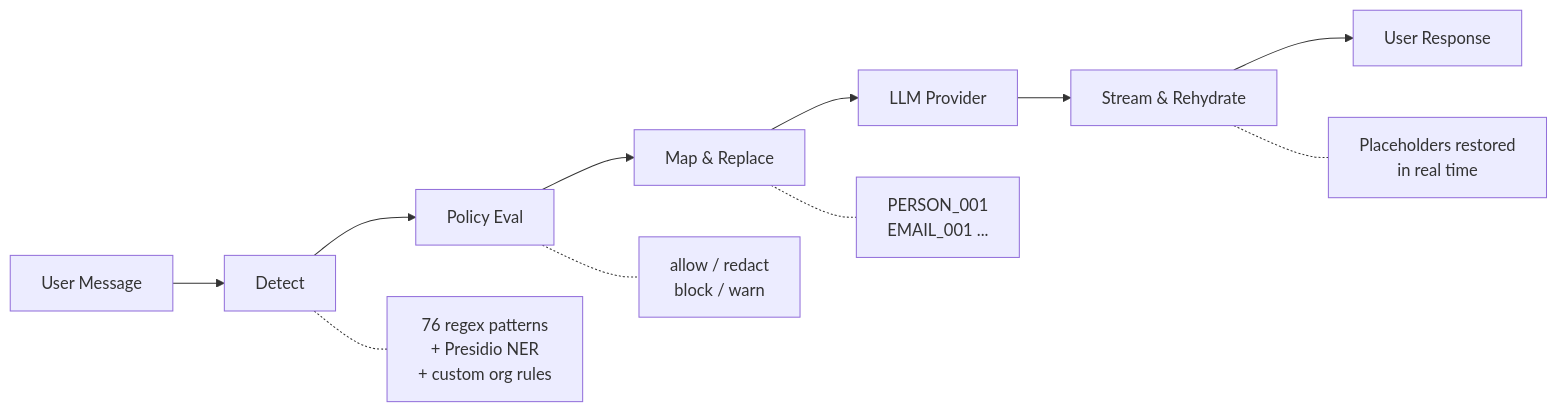
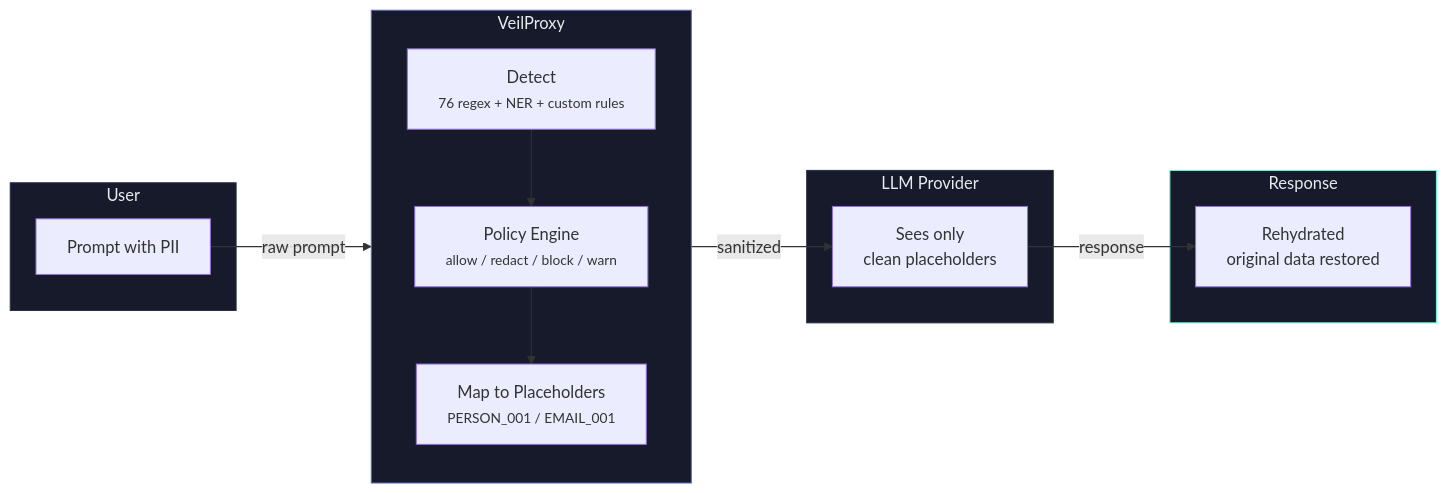
The diagram in README.md (Threatlabs-LLC/veil-public), drawn with Mermaid before and after one commit. The commit also changed other lines of this file and 6 other files, not shown here.

````diff
--- a/README.md
+++ b/README.md
@@ -112,14 +154,31 @@
 ```mermaid
 flowchart LR
-    A[User Message] --> B[Detect]
-    B --> C[Policy Eval]
-    C --> D[Map & Replace]
-    D --> E[LLM Provider]
-    E --> F[Stream & Rehydrate]
-    F --> G[User Response]
+    subgraph USER["User"]
+        A["Prompt with PII"]
+    end
 
-    B -.- B1["76 regex patterns\n+ Presidio NER\n+ custom org rules"]
-    C -.- C1["allow / redact\nblock / warn"]
-    D -.- D1["PERSON_001\nEMAIL_001 ..."]
-    F -.- F1["Placeholders restored\nin real time"]
+    subgraph VEIL["VeilProxy"]
+        direction TB
+        B["Detect<br/><small>76 regex + NER + custom rules</small>"]
+        C["Policy Engine<br/><small>allow / redact / block / warn</small>"]
+        D["Map to Placeholders<br/><small>PERSON_001 / EMAIL_001</small>"]
+        B --> C --> D
+    end
+
+    subgraph LLM["LLM Provider"]
+        E["Sees only<br/>clean placeholders"]
+    end
+
+    subgraph RESPONSE["Response"]
+        F["Rehydrated<br/>original data restored"]
+    end
+
+    A -->|"raw prompt"| B
+    D -->|"sanitized"| E
+    E -->|"response"| F
+
+    style USER fill:#161A2B,stroke:#2A2F45,color:#E8EAED
+    style VEIL fill:#161A2B,stroke:#5B6BC0,color:#E8EAED
+    style LLM fill:#161A2B,stroke:#2A2F45,color:#E8EAED
+    style RESPONSE fill:#161A2B,stroke:#64FFDA,color:#E8EAED
 ```
````
